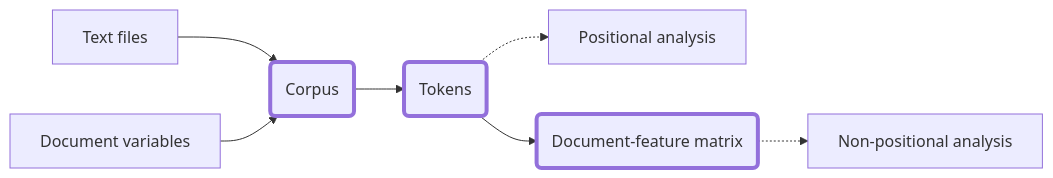
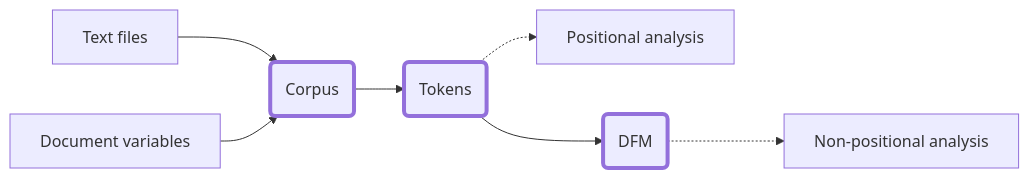
Before and after one commit to quanteda/tutorials.quanteda.io: the diagram in content/basic-operations/workflow.en.markdown, drawn with Mermaid. The commit also changed other lines of this file and 69 other files, not shown here.

```diff
--- a/content/basic-operations/workflow.en.markdown
+++ b/content/basic-operations/workflow.en.markdown
@@ -26,19 +26,19 @@
 {{<mermaid align="left">}}
     graph LR
     D[Text files]
     V[Document variables]
     C(Corpus)
     T(Tokens)
     AP[Positional analysis]
     AN[Non-positional analysis]
-    M(Document-feature matrix)
+    M(DFM)
     style C stroke-width:4px
     style T stroke-width:4px
     style M stroke-width:4px
     D --> C
     V --> C 
     C --> T 
     T --> M
     T -.-> AP
     M -.-> AN
 {{< /mermaid >}}
```
